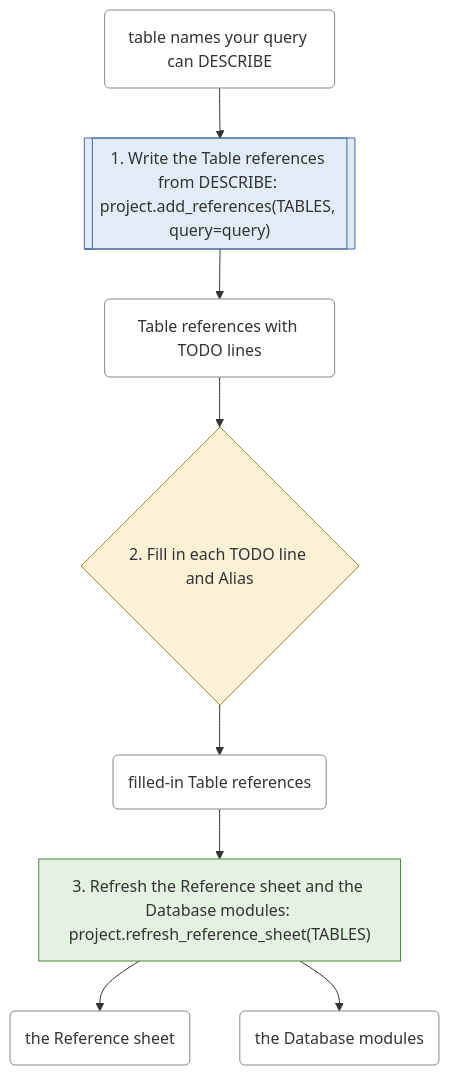
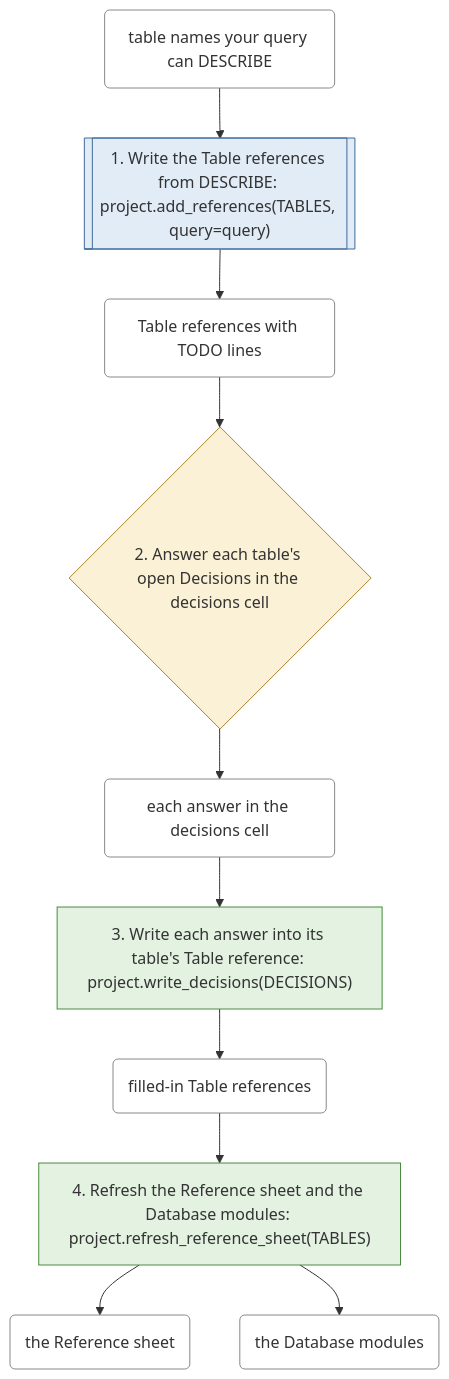
Before and after one commit to EdgyPage/SQL-Composer: the fourth of 6 diagrams in docs/workflows.md, drawn with Mermaid. The commit also changed other lines of this file and 43 other files, not shown here.

````diff
--- a/docs/workflows.md
+++ b/docs/workflows.md
@@ -162,22 +171,26 @@
 ```mermaid
 flowchart TD
     s0[["1. Write the Table references from DESCRIBE: project.add_references(TABLES, query=query)"]]:::warehouse_call
-    s1{"2. Fill in each TODO line and Alias"}:::your_decision
-    s2["3. Refresh the Reference sheet and the Database modules: project.refresh_reference_sheet(TABLES)"]:::files_only
+    s1{"2. Answer each table's open Decisions in the decisions cell"}:::your_decision
+    s2["3. Write each answer into its table's Table reference: project.write_decisions(DECISIONS)"]:::files_only
+    s3["4. Refresh the Reference sheet and the Database modules: project.refresh_reference_sheet(TABLES)"]:::files_only
     t0("table names your query can DESCRIBE"):::thing
     t1("Table references with TODO lines"):::thing
-    t2("filled-in Table references"):::thing
-    t3("the Reference sheet"):::thing
-    t4("the Database modules"):::thing
+    t2("each answer in the decisions cell"):::thing
+    t3("filled-in Table references"):::thing
+    t4("the Reference sheet"):::thing
+    t5("the Database modules"):::thing
     t0 --> s0
     s0 --> t1
     t1 --> s1
     s1 --> t2
     t2 --> s2
     s2 --> t3
-    s2 --> t4
+    t3 --> s3
+    s3 --> t4
+    s3 --> t5
     classDef files_only fill:#e3f2e1,stroke:#4a8a3f
     classDef warehouse_call fill:#e1ecf7,stroke:#3f6a9a
     classDef your_decision fill:#fbf1d6,stroke:#a8842a
     classDef thing fill:#ffffff,stroke:#888888
 ```
````
